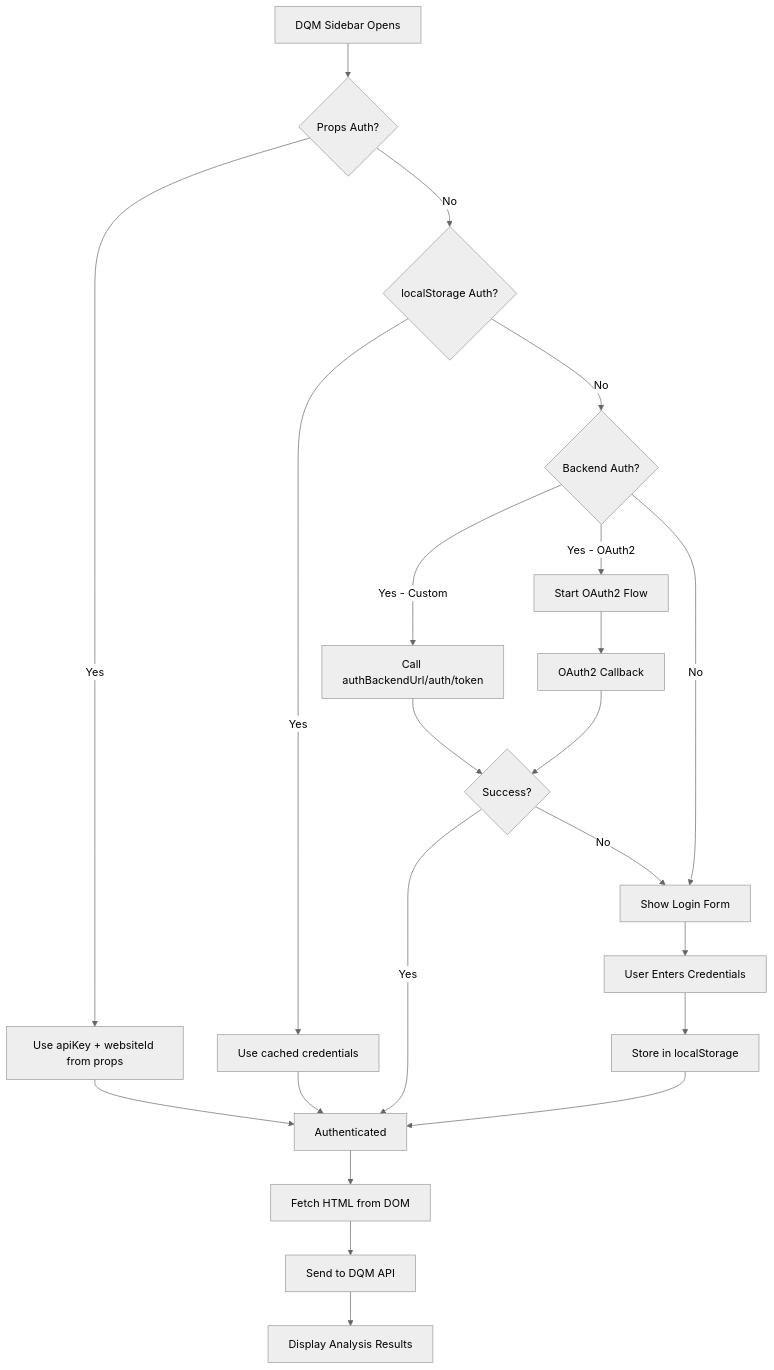
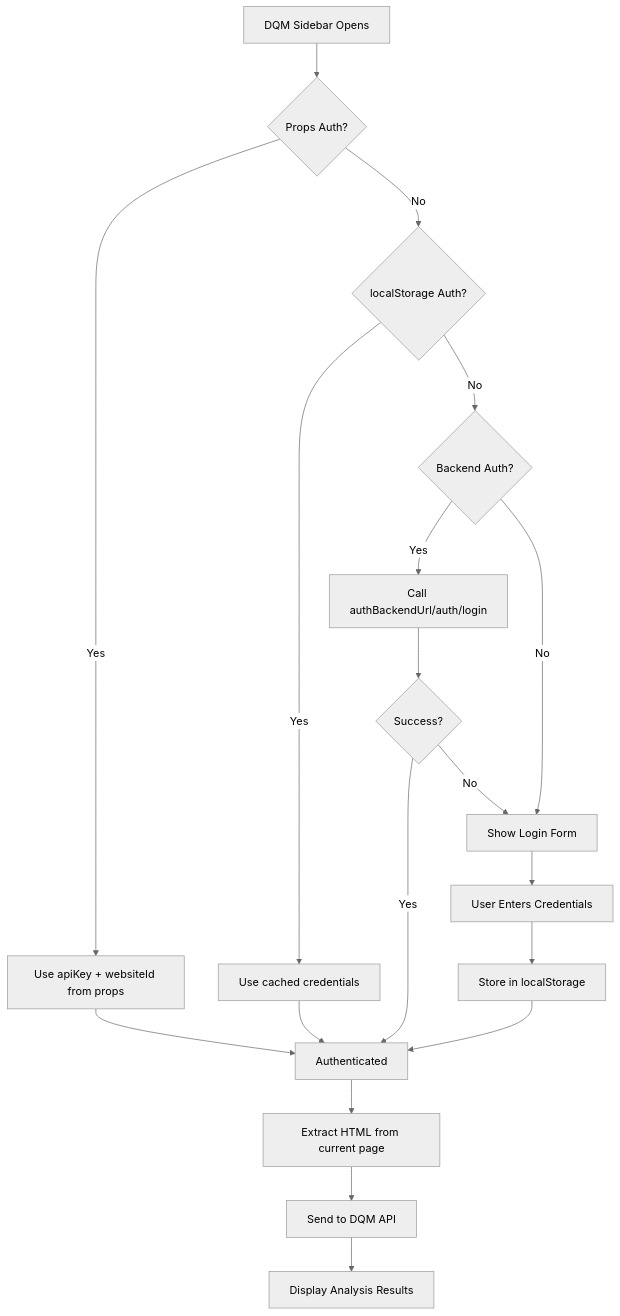
The first of 2 diagrams in docs/AUTHENTICATION.md (Crownpeak/dqm-react-component), drawn with Mermaid (neutral theme) before and after one commit. The commit also changed other lines of this file and 75 other files, not shown here.

````diff
--- a/docs/AUTHENTICATION.md
+++ b/docs/AUTHENTICATION.md
@@ -7,28 +5,25 @@
 ```mermaid
 flowchart TD
     A[DQM Sidebar Opens] --> B{Props Auth?}
     B -->|Yes| C[Use apiKey + websiteId from props]
     B -->|No| D{localStorage Auth?}
     
     D -->|Yes| E[Use cached credentials]
     D -->|No| F{Backend Auth?}
     
-    F -->|Yes - Custom| G[Call authBackendUrl/auth/token]
-    F -->|Yes - OAuth2| H[Start OAuth2 Flow]
-    F -->|No| I[Show Login Form]
+    F -->|Yes| G[Call authBackendUrl/auth/login]
+    F -->|No| H[Show Login Form]
     
-    C --> J[Authenticated]
-    E --> J
-    G --> K{Success?}
-    H --> L[OAuth2 Callback]
-    L --> K
-    K -->|Yes| J
-    K -->|No| I
-    I --> M[User Enters Credentials]
-    M --> N[Store in localStorage]
-    N --> J
+    C --> I[Authenticated]
+    E --> I
+    G --> J{Success?}
+    J -->|Yes| I
+    J -->|No| H
+    H --> K[User Enters Credentials]
+    K --> L[Store in localStorage]
+    L --> I
     
-    J --> O[Fetch HTML from DOM]
-    O --> P[Send to DQM API]
-    P --> Q[Display Analysis Results]
+    I --> M[Extract HTML from current page]
+    M --> N[Send to DQM API]
+    N --> O[Display Analysis Results]
 ```
````
